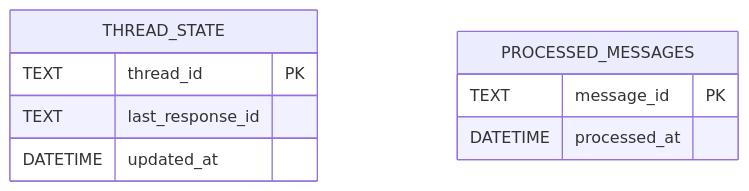
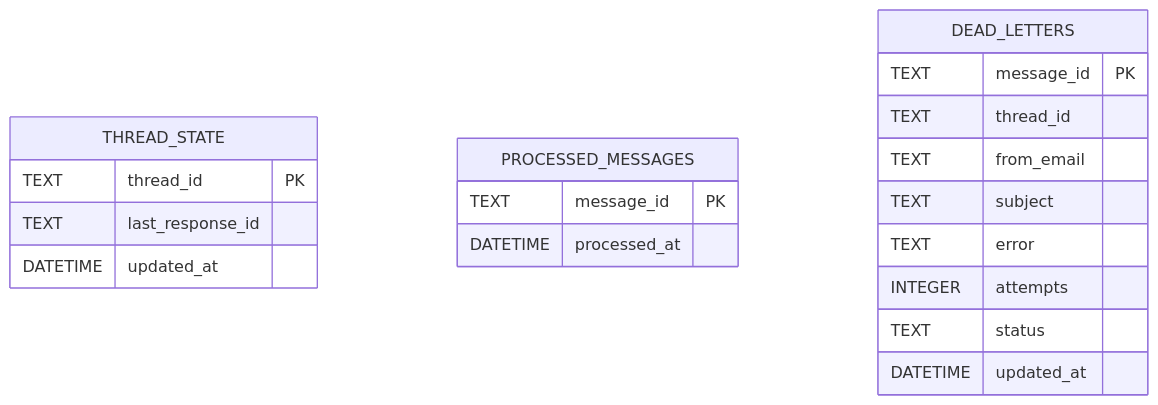
Before and after one commit to LunarMothStudios/Canna-Mailroom: the first of 2 diagrams in docs/data-model.md, drawn with Mermaid. The commit also changed other lines of this file and 10 other files, not shown here.

````diff
--- a/docs/data-model.md
+++ b/docs/data-model.md
@@ -34,13 +54,24 @@
 ```mermaid
 erDiagram
     THREAD_STATE {
         TEXT thread_id PK
         TEXT last_response_id
         DATETIME updated_at
     }
 
     PROCESSED_MESSAGES {
         TEXT message_id PK
         DATETIME processed_at
     }
+
+    DEAD_LETTERS {
+        TEXT message_id PK
+        TEXT thread_id
+        TEXT from_email
+        TEXT subject
+        TEXT error
+        INTEGER attempts
+        TEXT status
+        DATETIME updated_at
+    }
 ```
````
